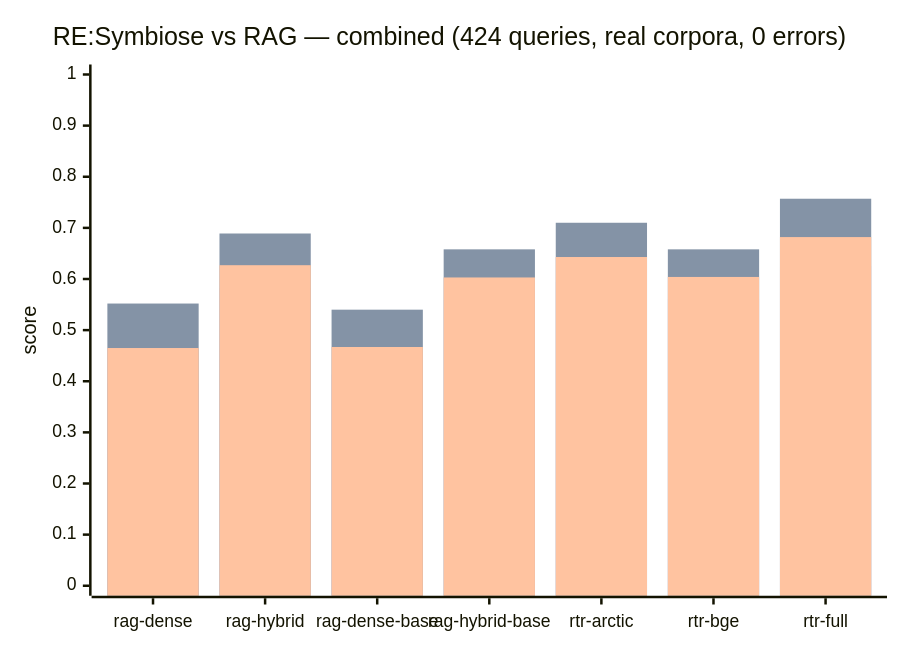
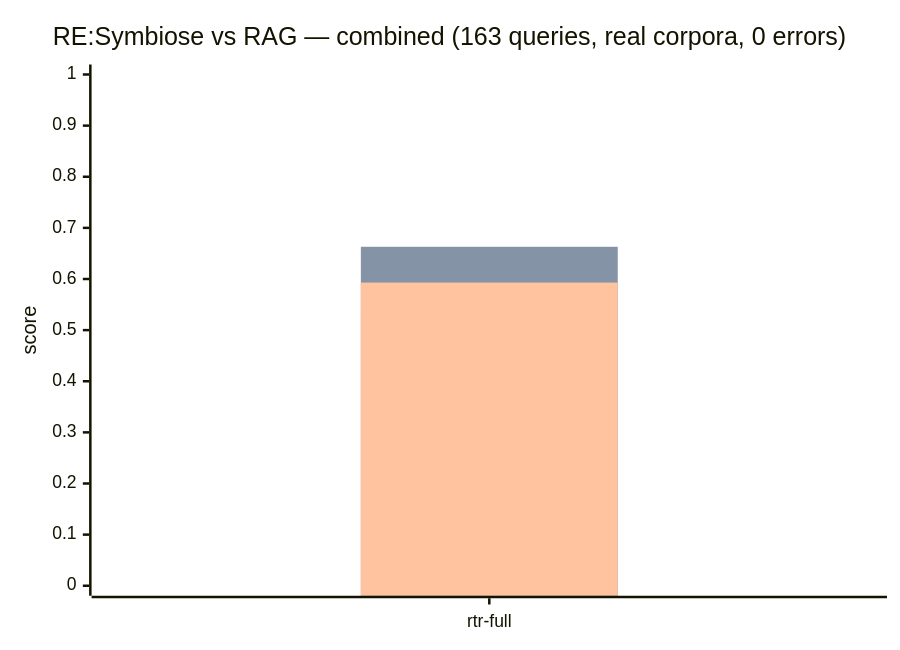
Before and after one commit to Nova-Violet-Role/RTR-RE: the diagram in eval/versus.mmd, drawn with Mermaid. The commit also changed 5 other files, not shown here.

```diff
--- a/eval/versus.mmd
+++ b/eval/versus.mmd
@@ -1,9 +1,9 @@
 %% SPDX-FileCopyrightText: Nova-Violet Role ORG
 %% SPDX-License-Identifier: EUPL-1.2 OR AGPL-3.0-or-later
 xychart-beta
-    title "RE:Symbiose vs RAG — combined (424 queries, real corpora, 0 errors)"
-    x-axis ["rag-dense", "rag-hybrid", "rag-dense-base", "rag-hybrid-base", "rtr-arctic", "rtr-bge", "rtr-full"]
+    title "RE:Symbiose vs RAG — combined (163 queries, real corpora, 0 errors)"
+    x-axis ["rtr-full"]
     y-axis "score" 0 --> 1
-    bar "R@1" [0.396, 0.583, 0.413, 0.559, 0.594, 0.561, 0.625]
-    bar "R@3" [0.552, 0.689, 0.540, 0.658, 0.710, 0.658, 0.757]
-    bar "MRR" [0.465, 0.627, 0.467, 0.603, 0.643, 0.604, 0.682]
+    bar "R@1" [0.540]
+    bar "R@3" [0.663]
+    bar "MRR" [0.593]
```
